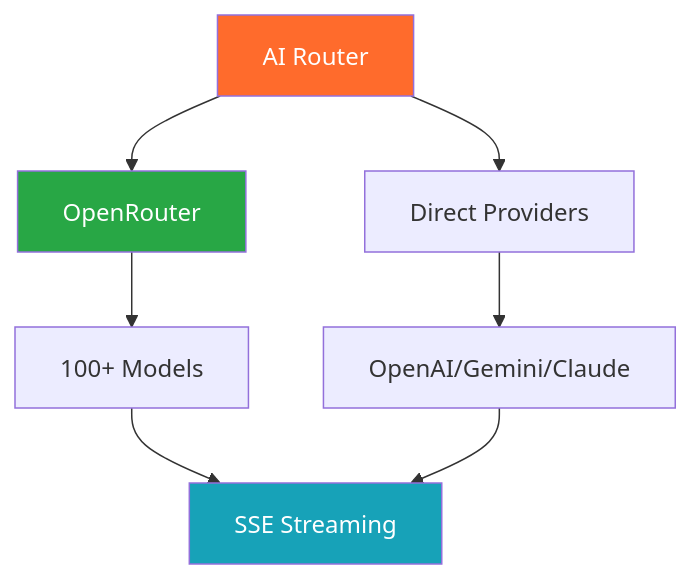
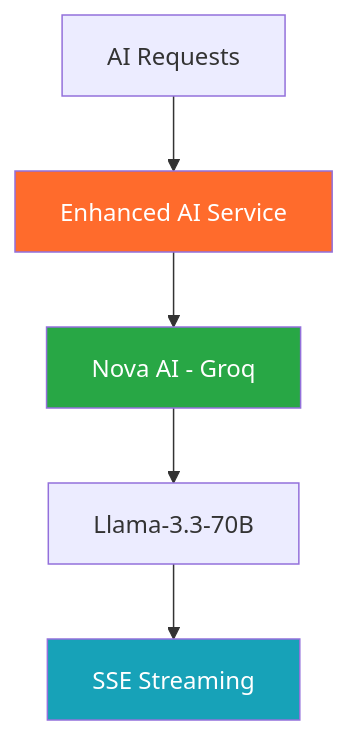
One commit to Kedhareswer/thesisflow-ai changed the sixth of 6 diagrams in README.md. Above: the diagram before and after it, drawn with Mermaid. The commit also changed other lines of this file and 18 other files, not shown here.

````diff
--- a/README.md
+++ b/README.md
@@ -526,13 +526,11 @@
 ```mermaid
 graph TB
-    A[AI Router] --> B[OpenRouter]
-    A --> C[Direct Providers]
-    B --> D[100+ Models]
-    C --> E[OpenAI/Gemini/Claude]
-    D --> F[SSE Streaming]
-    E --> F
-    
-    style A fill:#FF6B2C,color:#fff
-    style B fill:#28a745,color:#fff
-    style F fill:#17a2b8,color:#fff
+    A[AI Requests] --> B[Enhanced AI Service]
+    B --> C[Nova AI - Groq]
+    C --> D[Llama-3.3-70B]
+    D --> E[SSE Streaming]
+
+    style B fill:#FF6B2C,color:#fff
+    style C fill:#28a745,color:#fff
+    style E fill:#17a2b8,color:#fff
 ```
````
